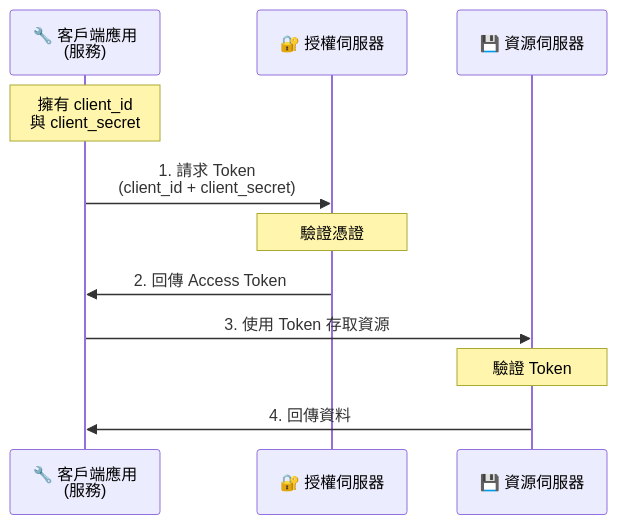
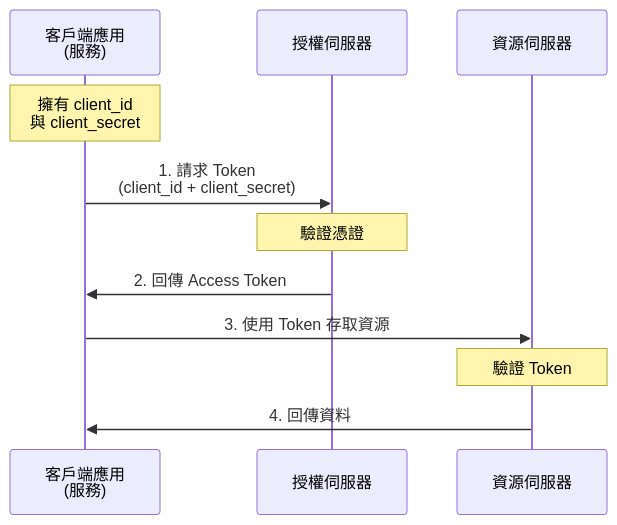
Before and after one commit to Tim861125/presentation: the third of 3 diagrams in tech-presentation/OAuth2/slides.md, drawn with Mermaid. The commit also changed other lines of this file and 12 other files, not shown here.

````diff
--- a/tech-presentation/OAuth2/slides.md
+++ b/tech-presentation/OAuth2/slides.md
@@ -191,14 +191,14 @@
 ```mermaid {scale: 0.55}
 sequenceDiagram
-    participant Client as 🔧 客戶端應用<br/>(服務)
-    participant Auth as 🔐 授權伺服器
-    participant API as 💾 資源伺服器
+    participant Client as  客戶端應用<br/>(服務)
+    participant Auth as  授權伺服器
+    participant API as  資源伺服器
 
     Note over Client: 擁有 client_id<br/>與 client_secret
     Client->>Auth: 1. 請求 Token<br/>(client_id + client_secret)
     Note over Auth: 驗證憑證
     Auth->>Client: 2. 回傳 Access Token
     Client->>API: 3. 使用 Token 存取資源
     Note over API: 驗證 Token
     API->>Client: 4. 回傳資料
 ```
````
